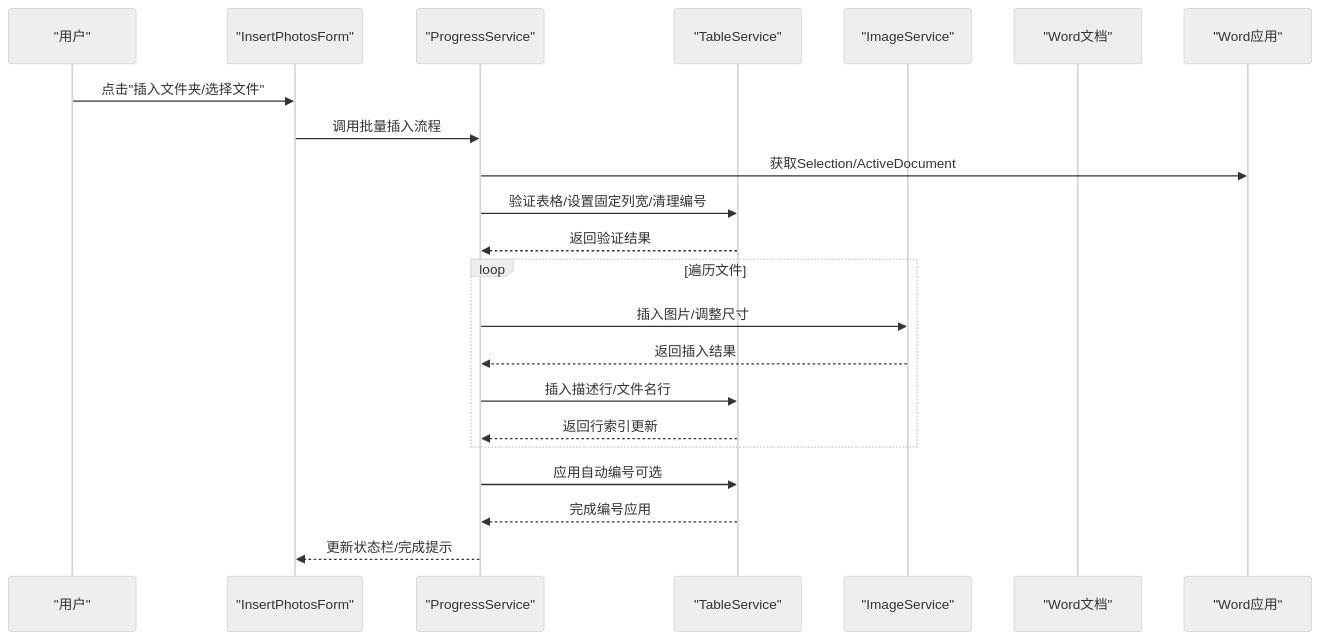
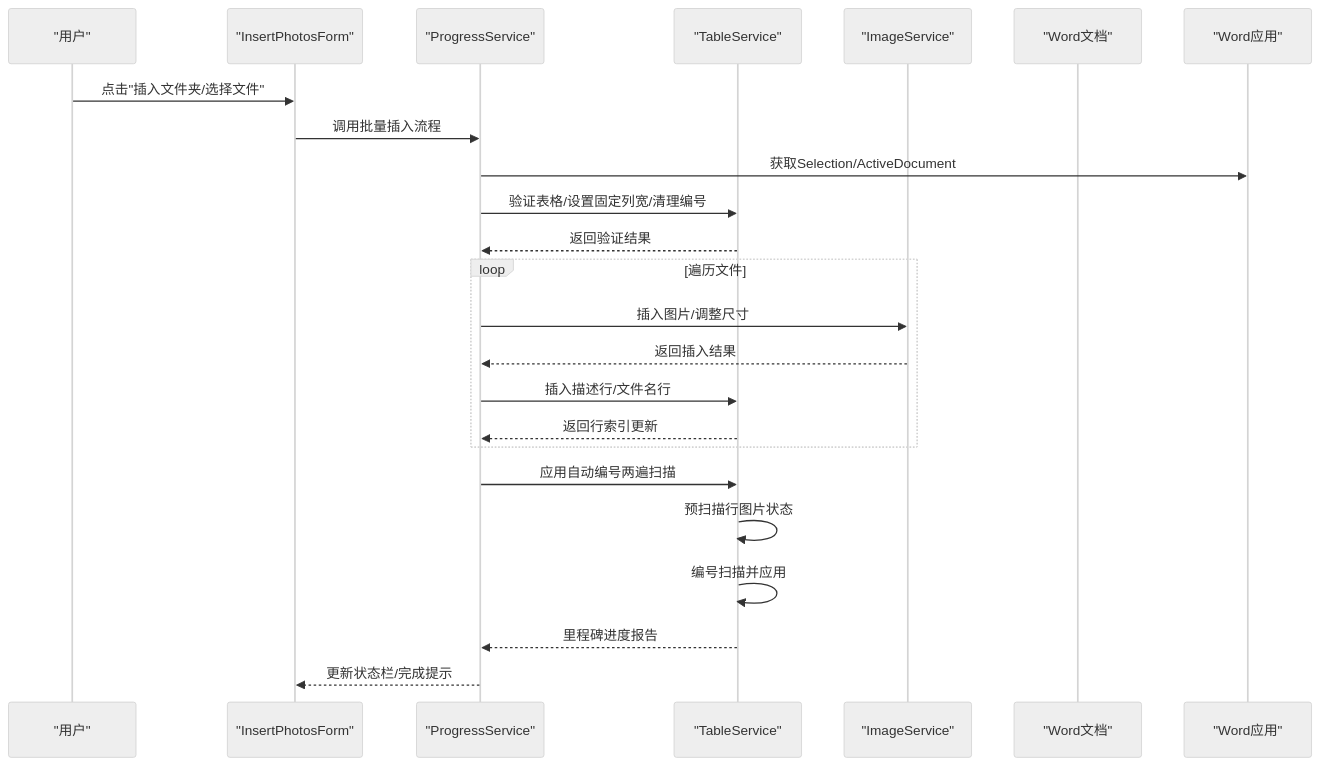
The second of 12 diagrams in .qoder/repowiki/zh/content/服务层/表格服务.md (rainiva/WordTools), drawn with Mermaid (neutral theme) before and after one commit. The commit also changed other lines of this file and 4 other files, not shown here.

````diff
--- a/.qoder/repowiki/zh/content/服务层/表格服务.md
+++ b/.qoder/repowiki/zh/content/服务层/表格服务.md
@@ -111,24 +117,26 @@
 ```mermaid
 sequenceDiagram
 participant User as "用户"
 participant UI as "InsertPhotosForm"
 participant PS as "ProgressService"
 participant TS as "TableService"
 participant IS as "ImageService"
 participant Doc as "Word文档"
 participant App as "Word应用"
 User->>UI : 点击"插入文件夹/选择文件"
 UI->>PS : 调用批量插入流程
 PS->>App : 获取Selection/ActiveDocument
 PS->>TS : 验证表格/设置固定列宽/清理编号
 TS-->>PS : 返回验证结果
 loop 遍历文件
 PS->>IS : 插入图片/调整尺寸
 IS-->>PS : 返回插入结果
 PS->>TS : 插入描述行/文件名行
 TS-->>PS : 返回行索引更新
 end
-PS->>TS : 应用自动编号可选
-TS-->>PS : 完成编号应用
+PS->>TS : 应用自动编号两遍扫描
+TS->>TS : 预扫描行图片状态
+TS->>TS : 编号扫描并应用
+TS-->>PS : 里程碑进度报告
 PS-->>UI : 更新状态栏/完成提示
 ```
````
